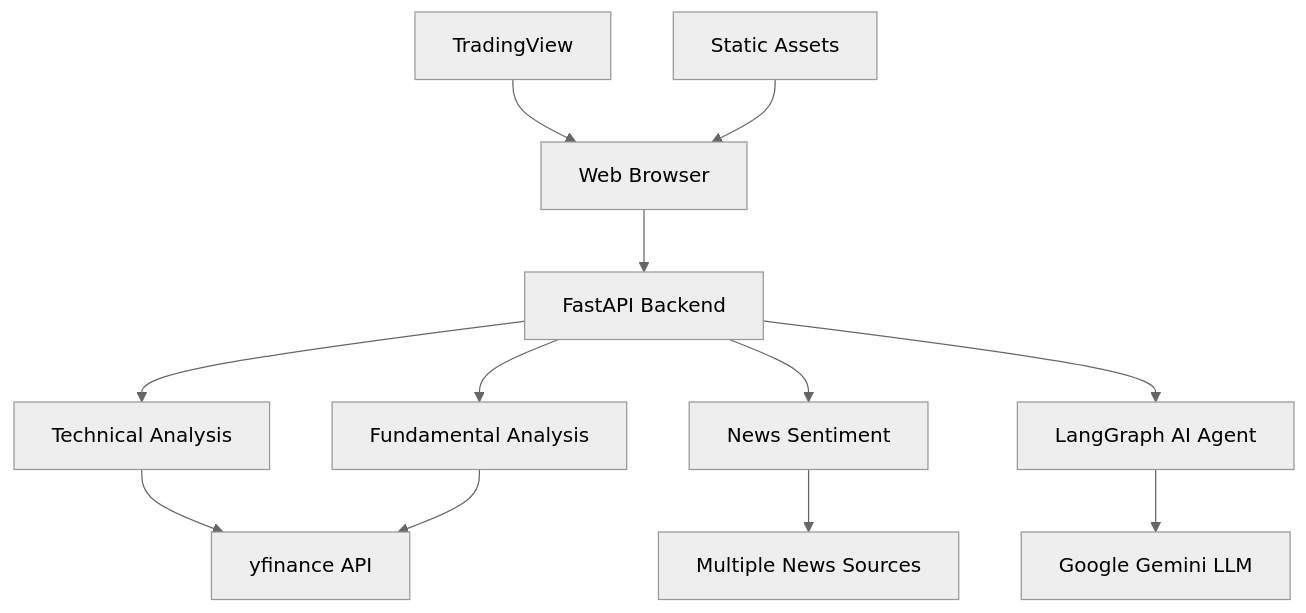
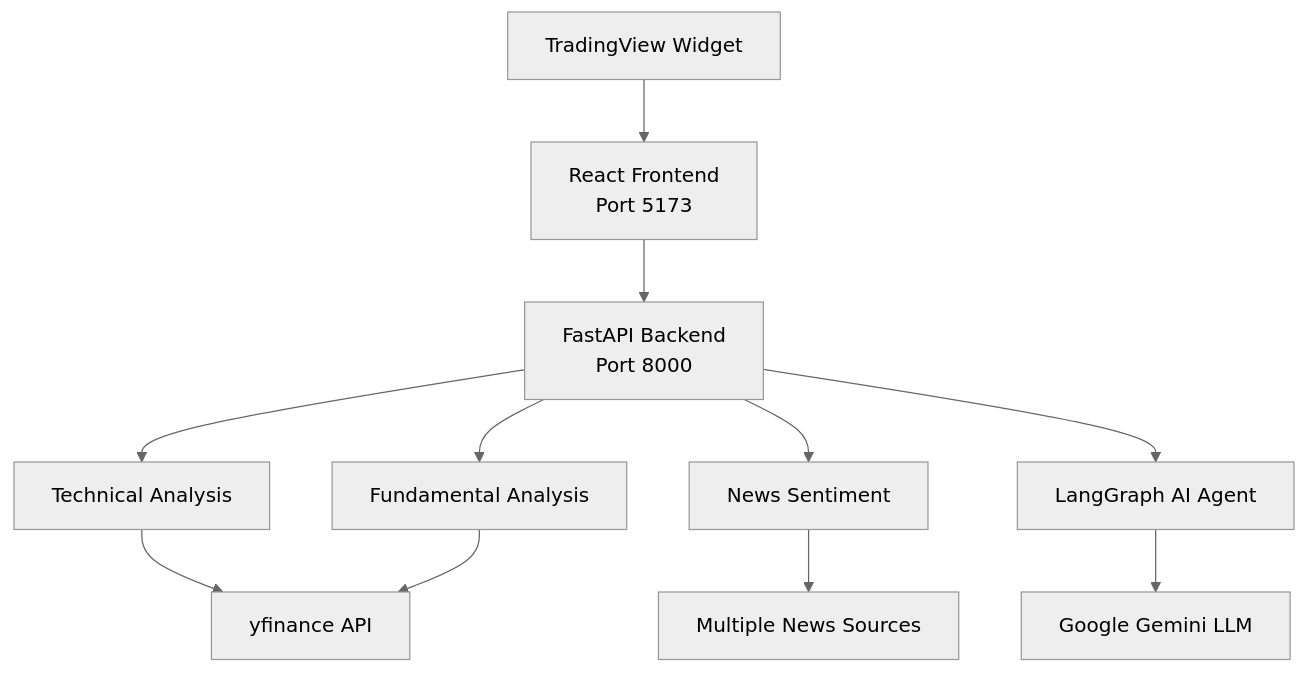
One commit to yashpinjarkar10/Trading-Agent changed the diagram in README.md. Above: the diagram before and after it, drawn with Mermaid (neutral theme). The commit also changed other lines of this file and 68 other files, not shown here.

````diff
--- a/README.md
+++ b/README.md
@@ -66,16 +69,15 @@
 ```mermaid
 graph TB
-    A[Web Browser] --> B[FastAPI Backend]
+    A[React Frontend<br/>Port 5173] --> B[FastAPI Backend<br/>Port 8000]
     B --> C[Technical Analysis]
     B --> D[Fundamental Analysis]
     B --> E[News Sentiment]
     B --> F[LangGraph AI Agent]
     
     C --> G[yfinance API]
     D --> G
     E --> H[Multiple News Sources]
     F --> I[Google Gemini LLM]
     
-    J[TradingView] --> A
-    K[Static Assets] --> A
+    J[TradingView Widget] --> A
 ```
````
